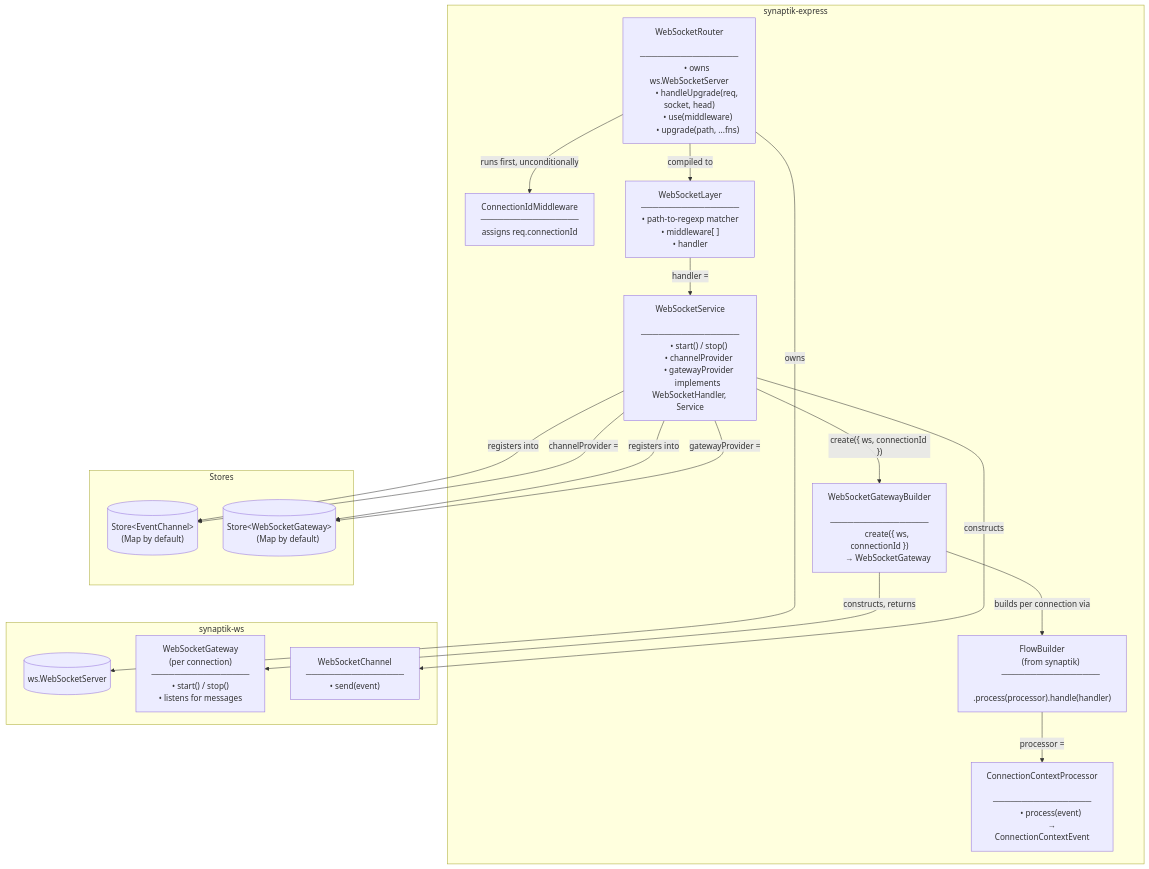
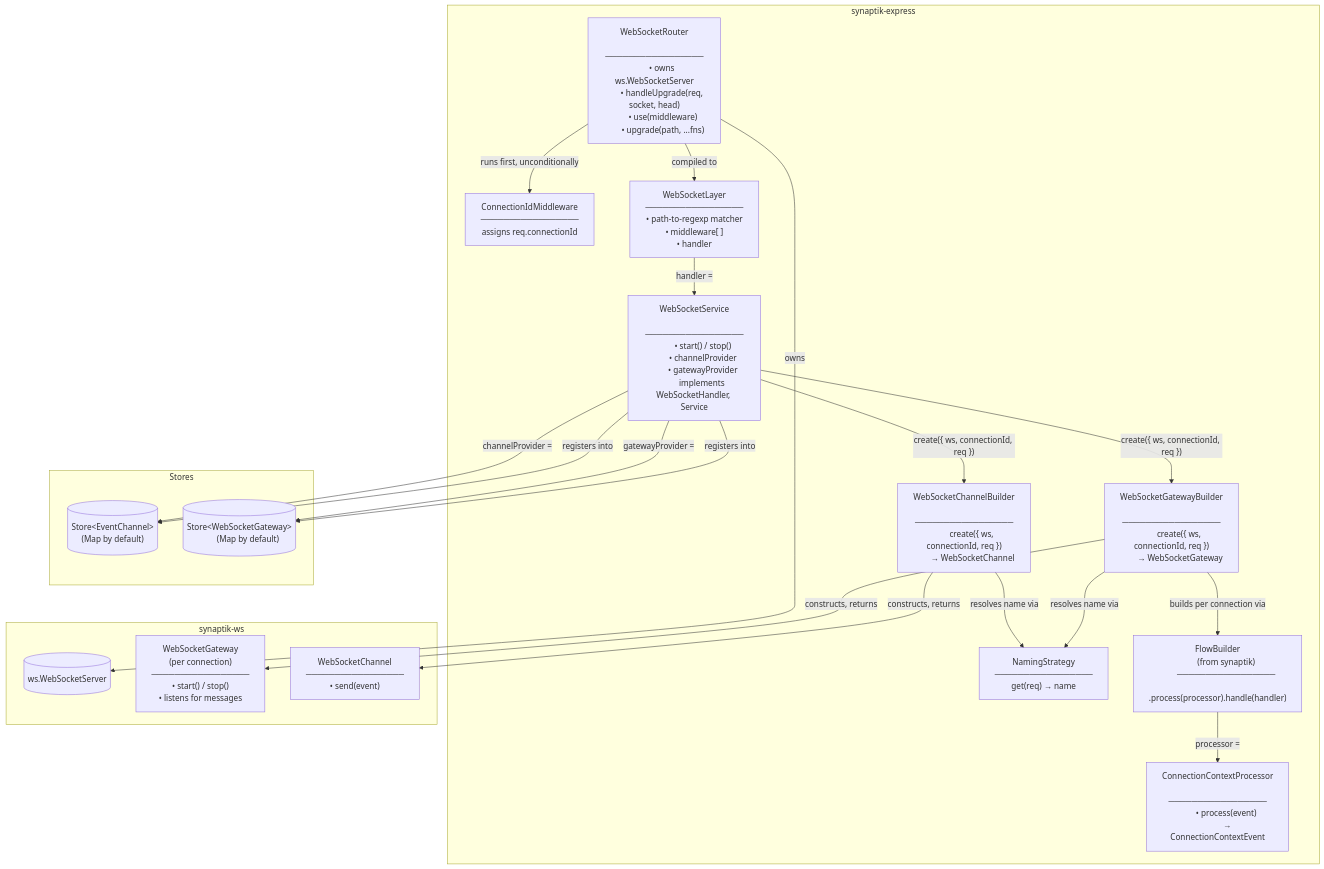
Before and after one commit to sektek/synaptik-express: the first of 4 diagrams in docs/web-socket.md, drawn with Mermaid. The commit also changed other lines of this file and 8 other files, not shown here.

First line of the commit message:
refactor: extract WebSocketChannelBuilder, add pluggable naming strategy

````diff
--- a/docs/web-socket.md
+++ b/docs/web-socket.md
@@ -37,8 +37,17 @@
 
         GWB["WebSocketGatewayBuilder
         ─────────────────
-        create({ ws, connectionId })
+        create({ ws, connectionId, req })
         → WebSocketGateway"]
+
+        CHB["WebSocketChannelBuilder
+        ─────────────────
+        create({ ws, connectionId, req })
+        → WebSocketChannel"]
+
+        NS["NamingStrategy
+        ─────────────────
+        get(req) → name"]
 
         PROC["ConnectionContextProcessor
         ─────────────────
@@ -78,11 +87,14 @@
     LAYER -->|"handler ="| SVC
     SVC -->|"registers into"| CSTORE
     SVC -->|"registers into"| GSTORE
-    SVC -->|"create({ ws, connectionId })"| GWB
+    SVC -->|"create({ ws, connectionId, req })"| GWB
+    SVC -->|"create({ ws, connectionId, req })"| CHB
     GWB -->|"builds per connection via"| FLOW
     FLOW -->|"processor ="| PROC
+    GWB -->|"resolves name via"| NS
+    CHB -->|"resolves name via"| NS
     GWB -->|"constructs, returns"| GW
-    SVC -->|"constructs"| CH
+    CHB -->|"constructs, returns"| CH
     SVC -->|"channelProvider = "| CSTORE
     SVC -->|"gatewayProvider = "| GSTORE
 ```
````
